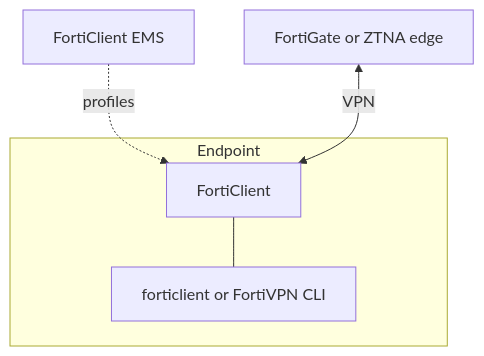
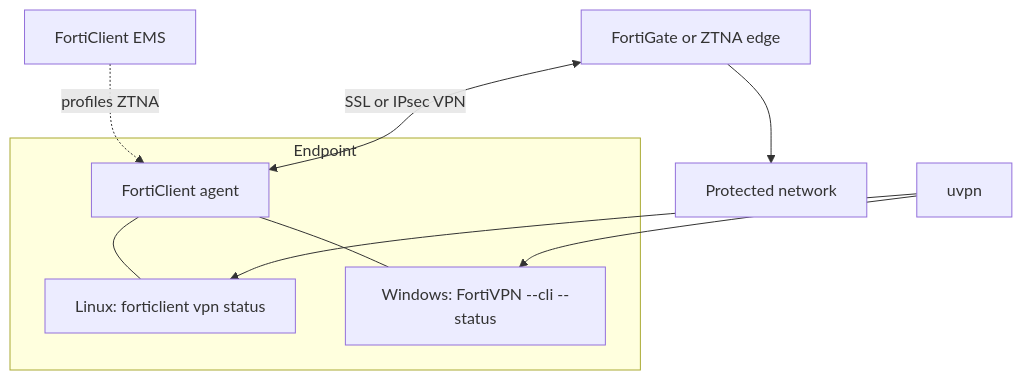
One commit to roto31/Tunnel-Monitor---Universal changed the first of 4 diagrams in docs/vpn-solutions/fortinet-forticlient.md. Above: the diagram before and after it, drawn with Mermaid. The commit also changed other lines of this file and 25 other files, not shown here.

First line of the commit message:
Docs: add vendor citations, topology SVGs, and updated Mermaid.

````diff
--- a/docs/vpn-solutions/fortinet-forticlient.md
+++ b/docs/vpn-solutions/fortinet-forticlient.md
@@ -27,10 +29,15 @@
 ```mermaid
 flowchart TB
     subgraph endpoint [Endpoint]
-        FC[FortiClient]
-        FCLI[forticlient or FortiVPN CLI]
-        FC --- FCLI
+        FC[FortiClient agent]
+        LCLI[Linux: forticlient vpn status]
+        WCLI[Windows: FortiVPN --cli --status]
+        FC --- LCLI
+        FC --- WCLI
     end
-    EMS[FortiClient EMS] -.->|profiles| FC
-    FGT[FortiGate or ZTNA edge] <-->|VPN| FC
+    EMS[FortiClient EMS] -.->|profiles ZTNA| FC
+    FGT[FortiGate or ZTNA edge] <-->|SSL or IPsec VPN| FC
+    FGT --> LAN[Protected network]
+    uvpn --> LCLI
+    uvpn --> WCLI
 ```
````
